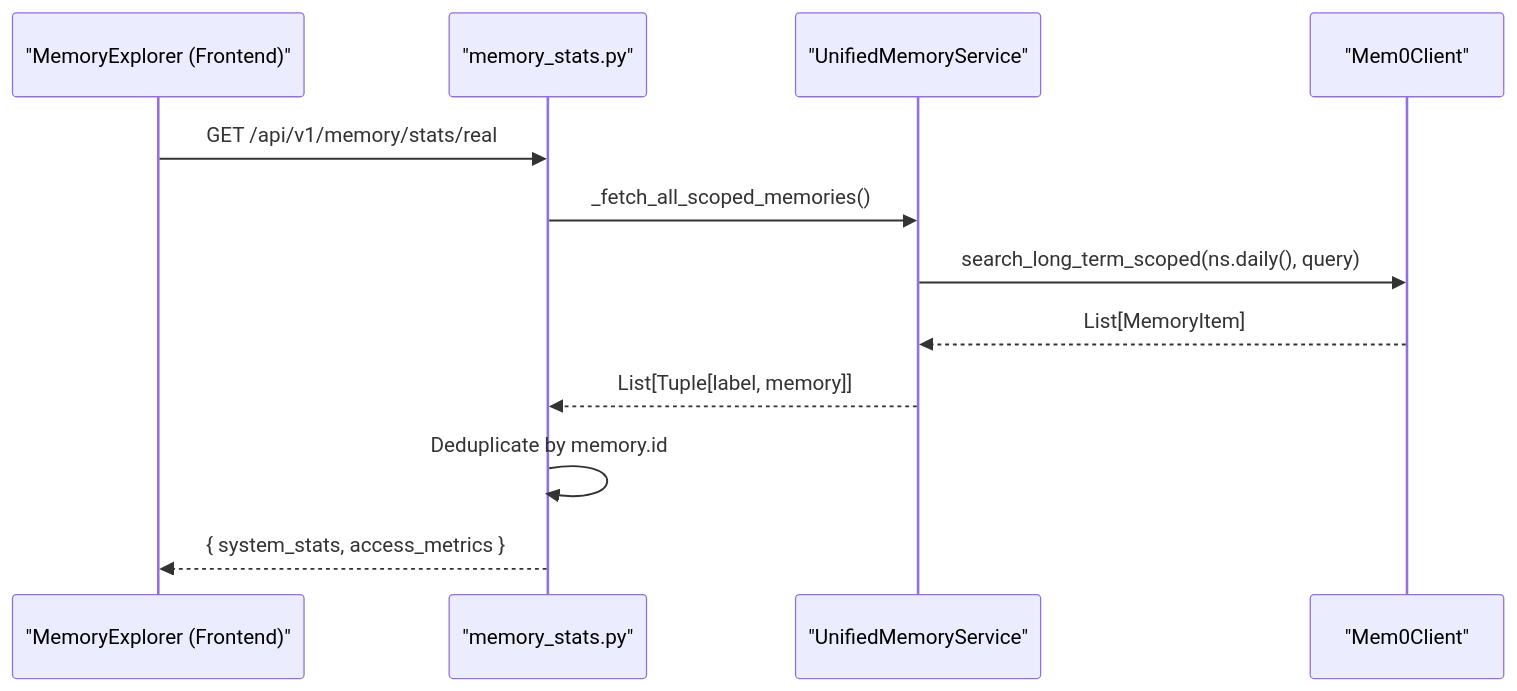
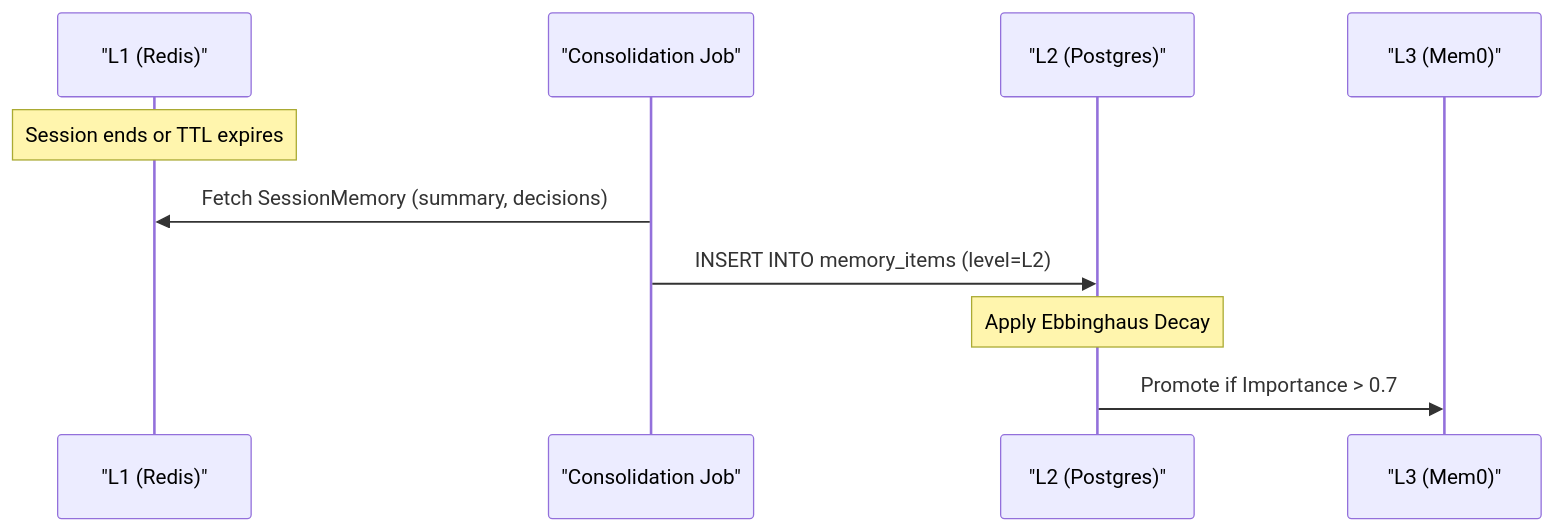
The second of 2 diagrams in docs/memory-system/daily-logs-temporal-memory.md (AutomatosAI/automatos-ai), drawn with Mermaid before and after one commit. The commit also changed other lines of this file and 153 other files, not shown here.

````diff
--- a/docs/memory-system/daily-logs-temporal-memory.md
+++ b/docs/memory-system/daily-logs-temporal-memory.md
@@ -167,15 +106,13 @@
 ```mermaid
 sequenceDiagram
-    participant UI as "MemoryExplorer (Frontend)"
-    participant API as "memory_stats.py"
-    participant UMS as "UnifiedMemoryService"
-    participant Mem0 as "Mem0Client"
+    participant Redis as "L1 (Redis)"
+    participant Job as "Consolidation Job"
+    participant DB as "L2 (Postgres)"
+    participant Mem0 as "L3 (Mem0)"
 
-    UI->>API: GET /api/v1/memory/stats/real
-    API->>UMS: _fetch_all_scoped_memories()
-    UMS->>Mem0: search_long_term_scoped(ns.daily(), query)
-    Mem0-->>UMS: List[MemoryItem]
-    UMS-->>API: List[Tuple[label, memory]]
-    API->>API: Deduplicate by memory.id
-    API-->>UI: { system_stats, access_metrics }
+    Note over Redis: Session ends or TTL expires
+    Job->>Redis: Fetch SessionMemory (summary, decisions)
+    Job->>DB: INSERT INTO memory_items (level=L2)
+    Note over DB: Apply Ebbinghaus Decay
+    DB->>Mem0: Promote if Importance > 0.7
 ```
````
